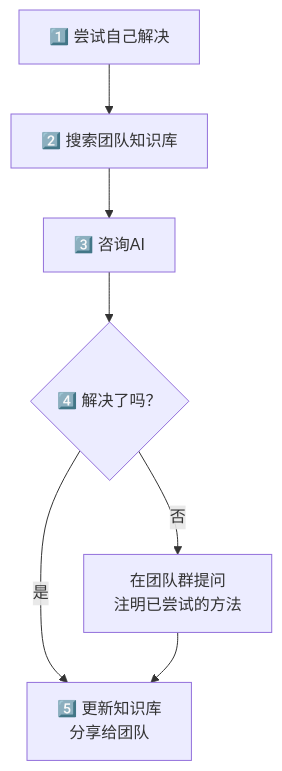
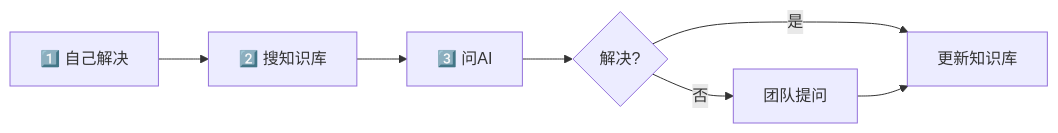
One commit to Leo-Wei105/vibe-coding-guide changed the second of 2 diagrams in 14-团队协作.md. Above: the diagram before and after it, drawn with Mermaid. The commit also changed other lines of this file and 9 other files, not shown here.

````diff
--- a/14-团队协作.md
+++ b/14-团队协作.md
@@ -201,9 +145,8 @@
 ```mermaid
-flowchart TD
-    A["1️⃣ 尝试自己解决"] --> B["2️⃣ 搜索团队知识库"]
-    B --> C["3️⃣ 咨询AI"]
-    C --> D{"4️⃣ 解决了吗？"}
-    D -->|否| E["在团队群提问<br/>注明已尝试的方法"]
-    D -->|是| F["5️⃣ 更新知识库<br/>分享给团队"]
+flowchart LR
+    A[1️⃣ 自己解决] --> B[2️⃣ 搜知识库] --> C[3️⃣ 问AI]
+    C --> D{解决?}
+    D -->|否| E[团队提问]
+    D -->|是| F[更新知识库]
     E --> F
 ```
````
